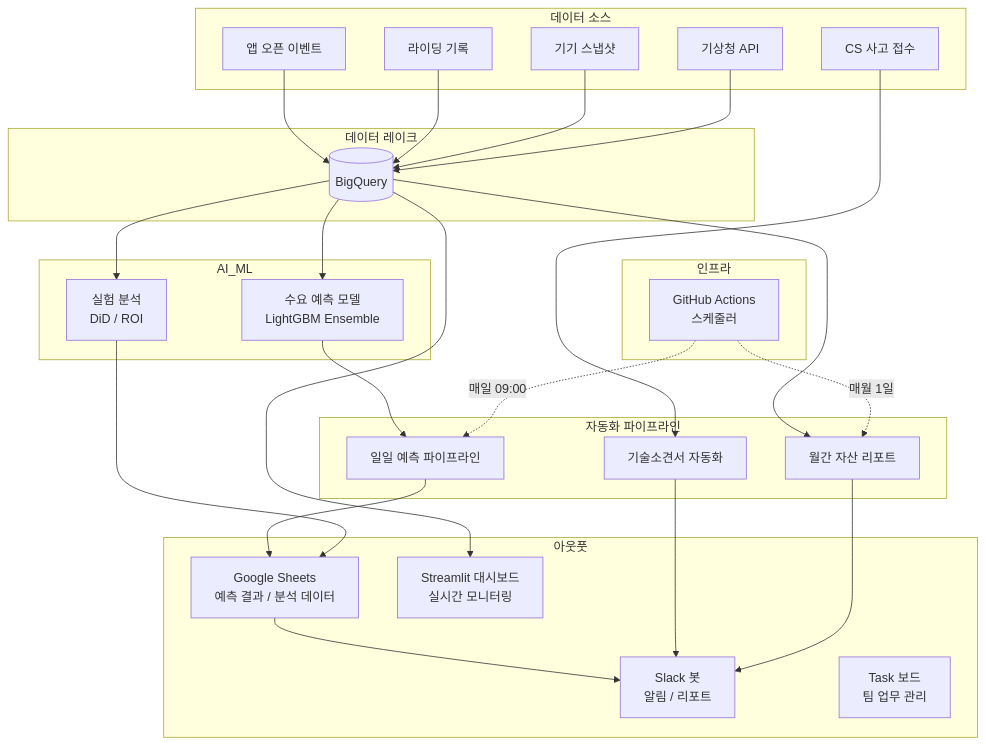
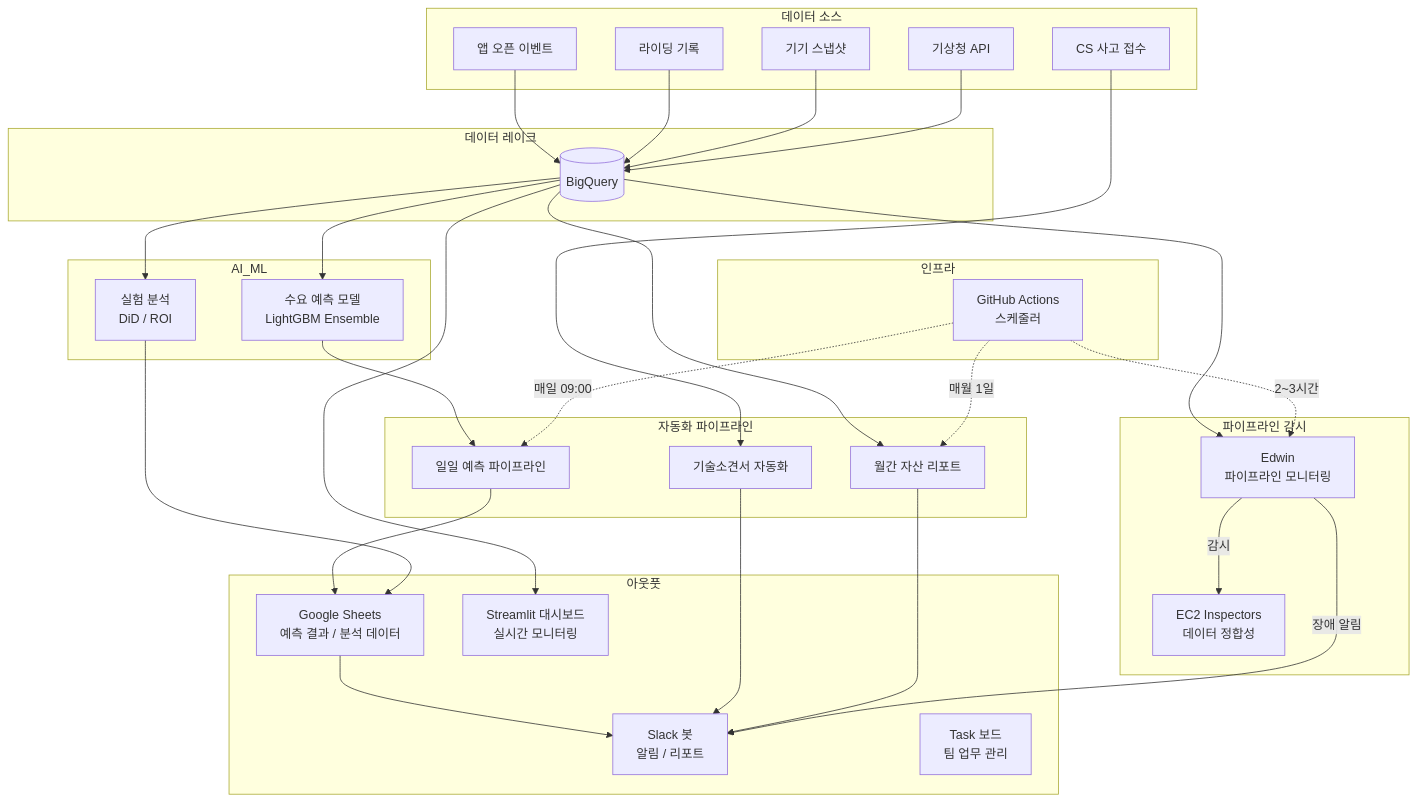
Before and after one commit to mineipark/minei.park: the diagram in README.md, drawn with Mermaid. The commit also changed other lines of this file and 3 other files, not shown here.

First line of the commit message:
Edwin 파이프라인 모니터링 프로젝트 추가 (7번째 프로젝트)

````diff
--- a/README.md
+++ b/README.md
@@ -41,53 +42,62 @@
 ```mermaid
 flowchart TB
     subgraph 데이터 소스
         APP[앱 오픈 이벤트]
         RIDE[라이딩 기록]
         SNAP[기기 스냅샷]
         WEATHER[기상청 API]
         CS_DATA[CS 사고 접수]
     end
 
     subgraph 데이터 레이크
         BQ[(BigQuery)]
     end
 
     subgraph AI_ML
         FORECAST[수요 예측 모델<br>LightGBM Ensemble]
         ANALYSIS[실험 분석<br>DiD / ROI]
     end
 
     subgraph 자동화 파이프라인
         PIPELINE[일일 예측 파이프라인]
         TECH_DOC[기술소견서 자동화]
         ASSET[월간 자산 리포트]
     end
 
     subgraph 아웃풋
         SHEETS[Google Sheets<br>예측 결과 / 분석 데이터]
         SLACK[Slack 봇<br>알림 / 리포트]
         DASH[Streamlit 대시보드<br>실시간 모니터링]
         TASK[Task 보드<br>팀 업무 관리]
     end
 
+    subgraph 파이프라인 감시
+        EDWIN["Edwin<br>파이프라인 모니터링"]
+        EC2_INS["EC2 Inspectors<br>데이터 정합성"]
+    end
+
     subgraph 인프라
         GA[GitHub Actions<br>스케줄러]
     end
 
     APP & RIDE & SNAP --> BQ
     WEATHER --> BQ
     CS_DATA --> TECH_DOC
 
     BQ --> FORECAST
     BQ --> ANALYSIS
     BQ --> ASSET
 
     FORECAST --> PIPELINE --> SHEETS --> SLACK
     ANALYSIS --> SHEETS
     TECH_DOC --> SLACK
     ASSET --> SLACK
 
     BQ --> DASH
+    BQ --> EDWIN
+    EDWIN -->|감시| EC2_INS
+    EDWIN -->|장애 알림| SLACK
     GA -.->|매일 09:00| PIPELINE
     GA -.->|매월 1일| ASSET
+    GA -.->|2~3시간| EDWIN
 ```
````
